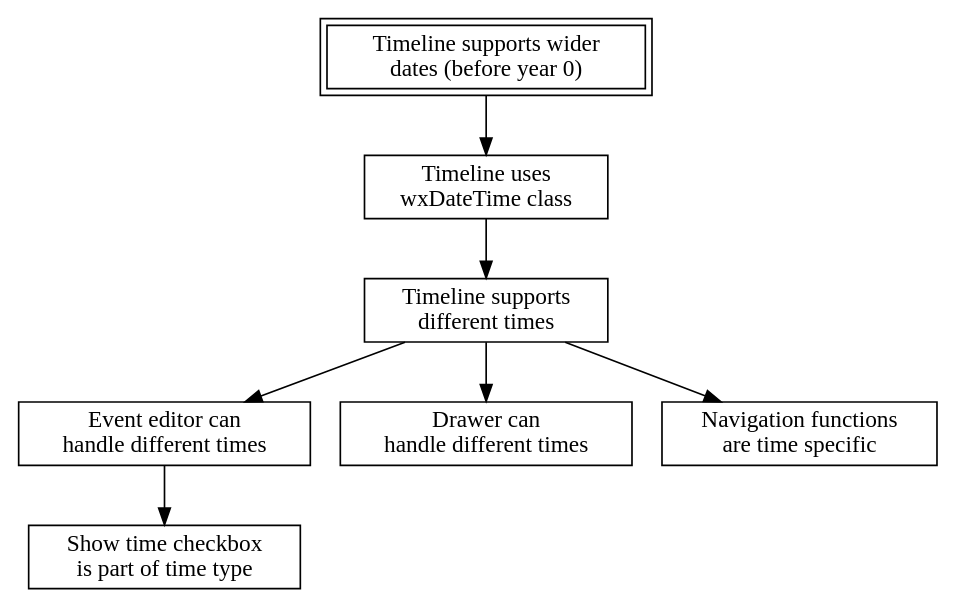
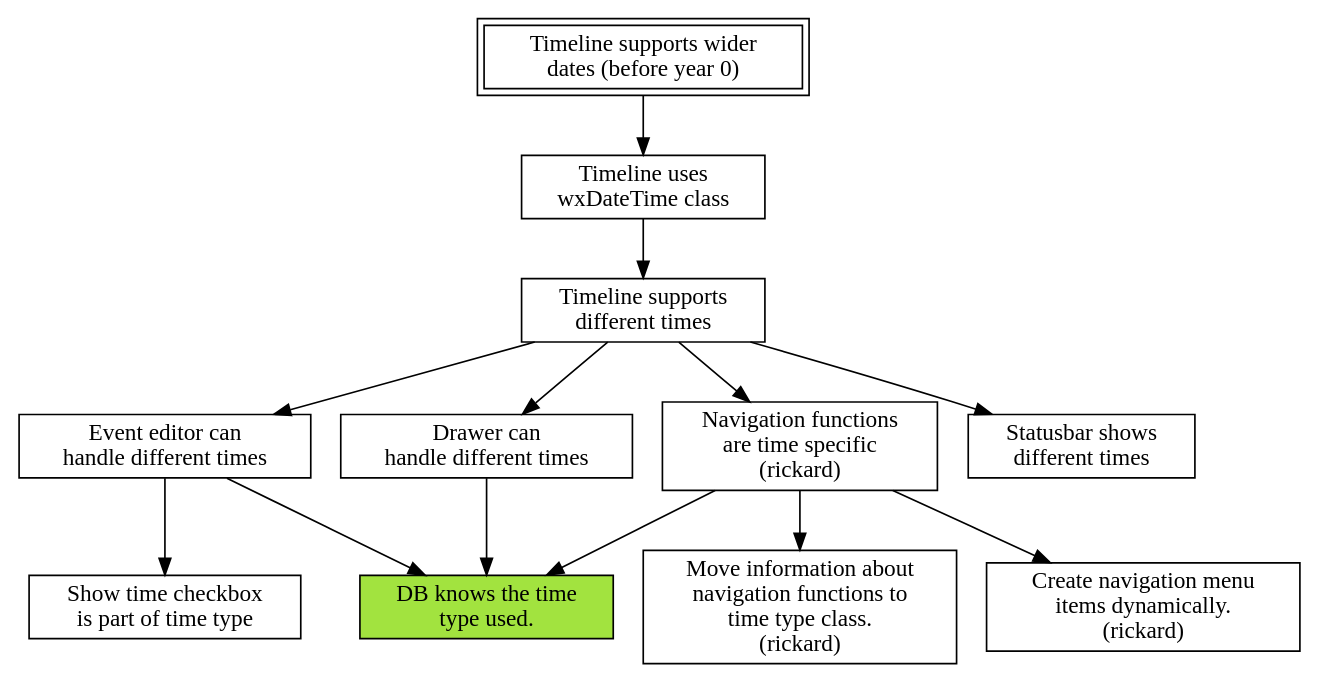
One commit to shutaozhenzhen/thetimelineproj changed the diagram in mikado.dot. Above: the diagram before and after it, drawn with Graphviz.

Commit message:
Update mikado graph.

```diff
--- a/mikado.dot
+++ b/mikado.dot
@@ -1,27 +1,42 @@
 digraph mikado
 {
     node [shape=box];
 
     wider_dates [label="Timeline supports wider\ndates (before year 0)"];
     wider_dates [peripheries=2];
-
         wider_dates -> switch_to_wx_time;
 
     switch_to_wx_time [label="Timeline uses\nwxDateTime class"];
-
         switch_to_wx_time -> different_time;
 
-    different_time [label="Timeline supports\ndifferent times"];
-
-    event_editor [label="Event editor can\nhandle different times"];
-    drawer [label="Drawer can\nhandle different times"];
-    navigation [label="Navigation functions\nare time specific"];
-
+    different_time [label="Timeline supports\ndifferent times "];
         different_time -> event_editor;
         different_time -> drawer;
         different_time -> navigation;
+        different_time -> status_bar;
+
+    event_editor [label="Event editor can\nhandle different times"];
+        event_editor -> show_time;
+        event_editor -> db_has_type_info;
+
+    drawer [label="Drawer can\nhandle different times"];
+        drawer -> db_has_type_info;
+
+    navigation [label="Navigation functions\nare time specific\n(rickard)"];
+        navigation -> db_has_type_info;
+        navigation -> move_nav_to_time_type;
+        navigation -> create_menu_items_dynamically;
+
+    status_bar [label="Statusbar shows\ndifferent times"];
+
+    // Leaves
 
     show_time [label="Show time checkbox\nis part of time type"];
 
-        event_editor -> show_time;
+    db_has_type_info [label="DB knows the time\ntype used."];
+    db_has_type_info [style=filled,fillcolor="#A2E33F"];
+
+    move_nav_to_time_type [label="Move information about\nnavigation functions to\ntime type class.\n(rickard)"];
+
+    create_menu_items_dynamically [label="Create navigation menu\nitems dynamically.\n(rickard)"];
 }
```
